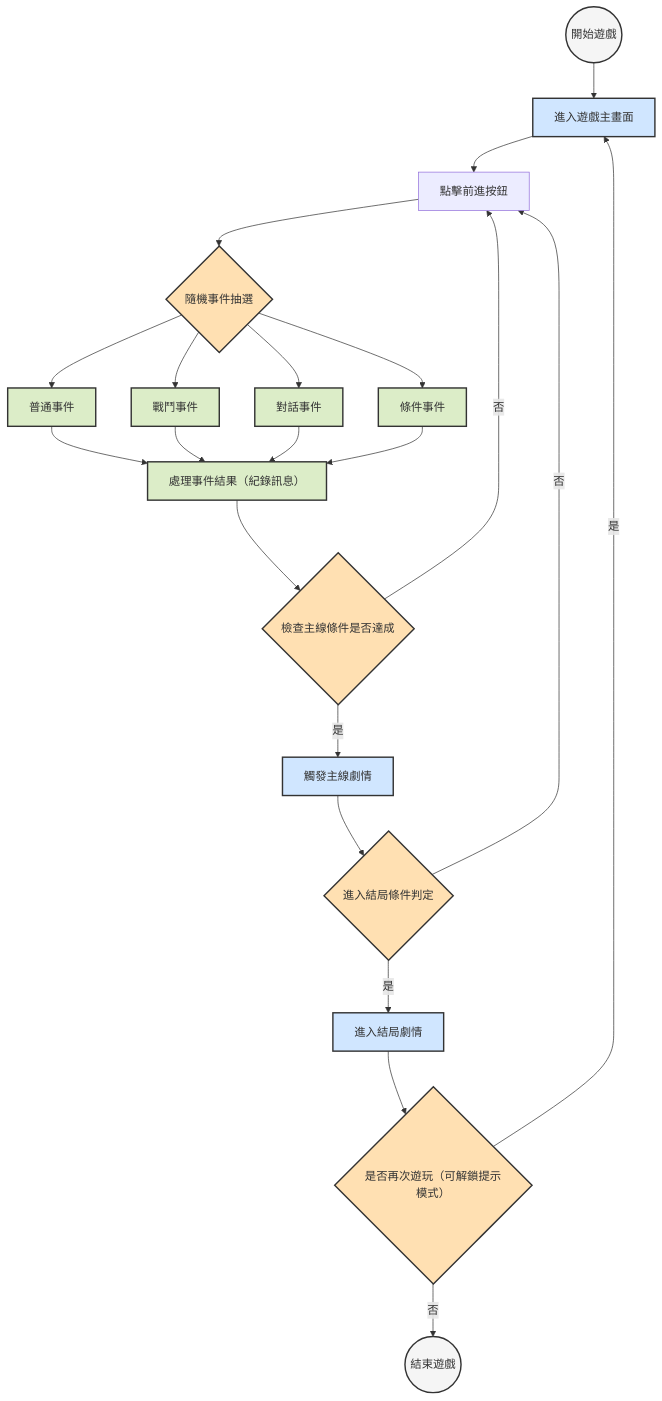
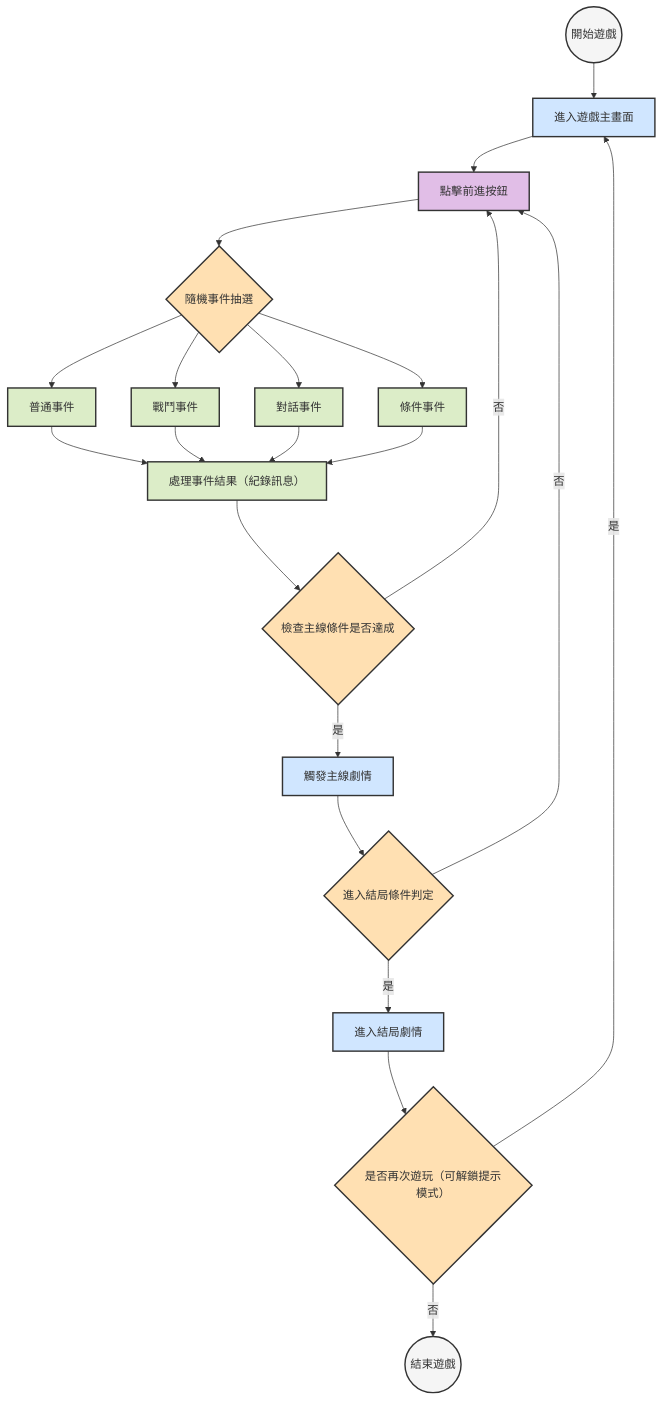
The diagram in docs/flowchart.md (hPPPf7/GameProject), drawn with Mermaid before and after one commit. The commit also changed other lines of this file and 5 other files, not shown here.

````diff
--- a/docs/flowchart.md
+++ b/docs/flowchart.md
@@ -3,33 +3,35 @@
 ```mermaid
 graph TD
     classDef startEnd fill:#f5f5f5,stroke:#333,stroke-width:2px;
     classDef mainNode fill:#d0e6ff,stroke:#333,stroke-width:2px;
     classDef decision fill:#ffe0b2,stroke:#333,stroke-width:2px;
     classDef action fill:#dcedc8,stroke:#333,stroke-width:2px;
+    classDef button fill:#e1bee7,stroke:#333,stroke-width:2px;
 
     S((開始遊戲)) --> M[進入遊戲主畫面]
     M --> Click[點擊前進按鈕]
     Click --> EvDraw{隨機事件抽選}
     EvDraw --> EvNormal[普通事件]
     EvDraw --> EvBattle[戰鬥事件]
     EvDraw --> EvDialogue[對話事件]
     EvDraw --> EvCond[條件事件]
     EvNormal --> Process[處理事件結果（紀錄訊息）]
     EvBattle --> Process
     EvDialogue --> Process
     EvCond --> Process
     Process --> StoryCheck{檢查主線條件是否達成}
     StoryCheck -- 否 --> Click
     StoryCheck -- 是 --> Mainline[觸發主線劇情]
     Mainline --> EndingCheck{進入結局條件判定}
     EndingCheck -- 否 --> Click
     EndingCheck -- 是 --> Ending[進入結局劇情]
     Ending --> ReplayCheck{是否再次遊玩（可解鎖提示模式）}
     ReplayCheck -- 是 --> M
     ReplayCheck -- 否 --> E((結束遊戲))
 
     class S,E startEnd
     class M,Mainline,Ending mainNode
     class EvDraw,StoryCheck,EndingCheck,ReplayCheck decision
     class EvNormal,EvBattle,EvDialogue,EvCond,Process action
+    class Click button
 ```
````
